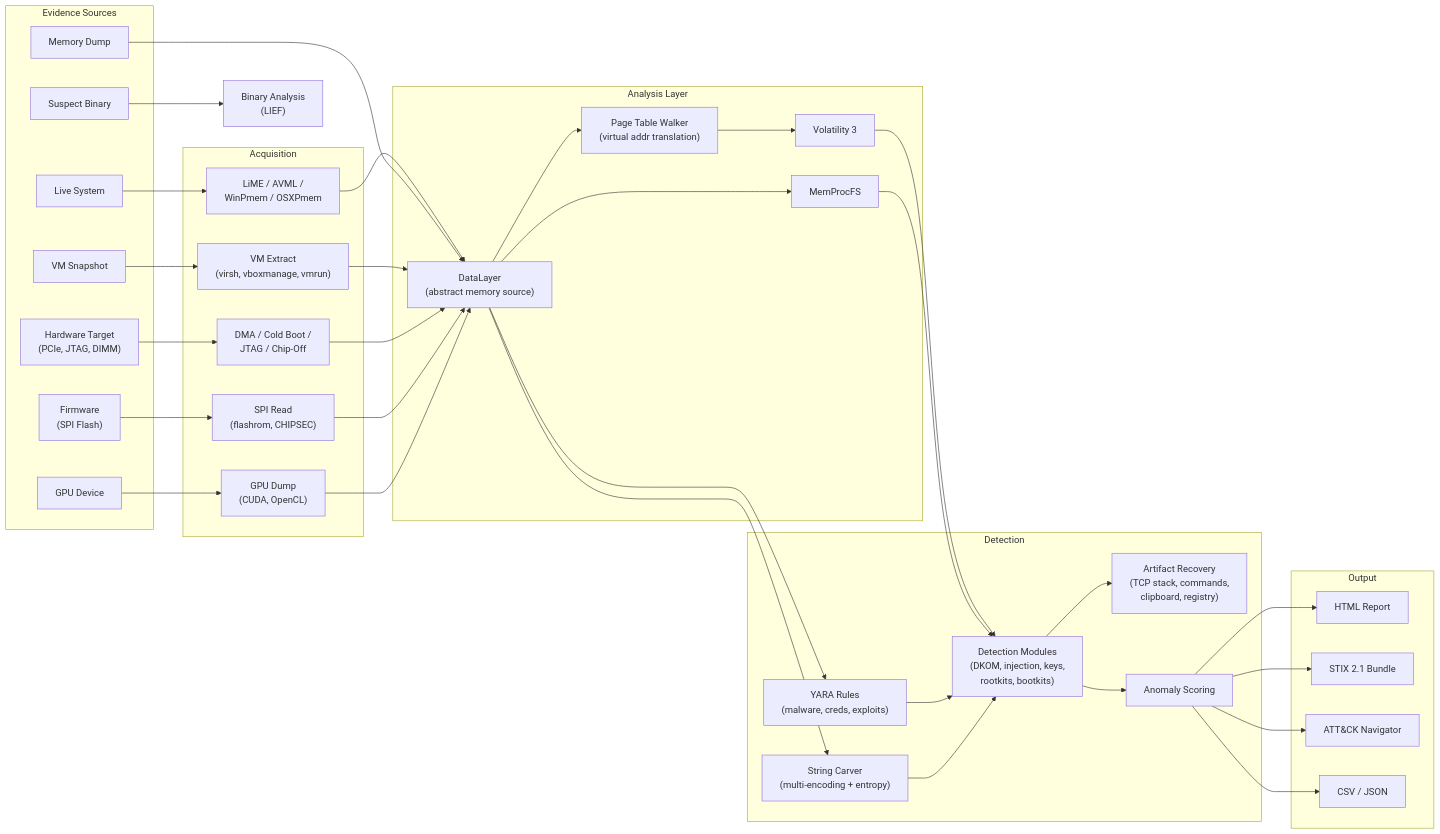
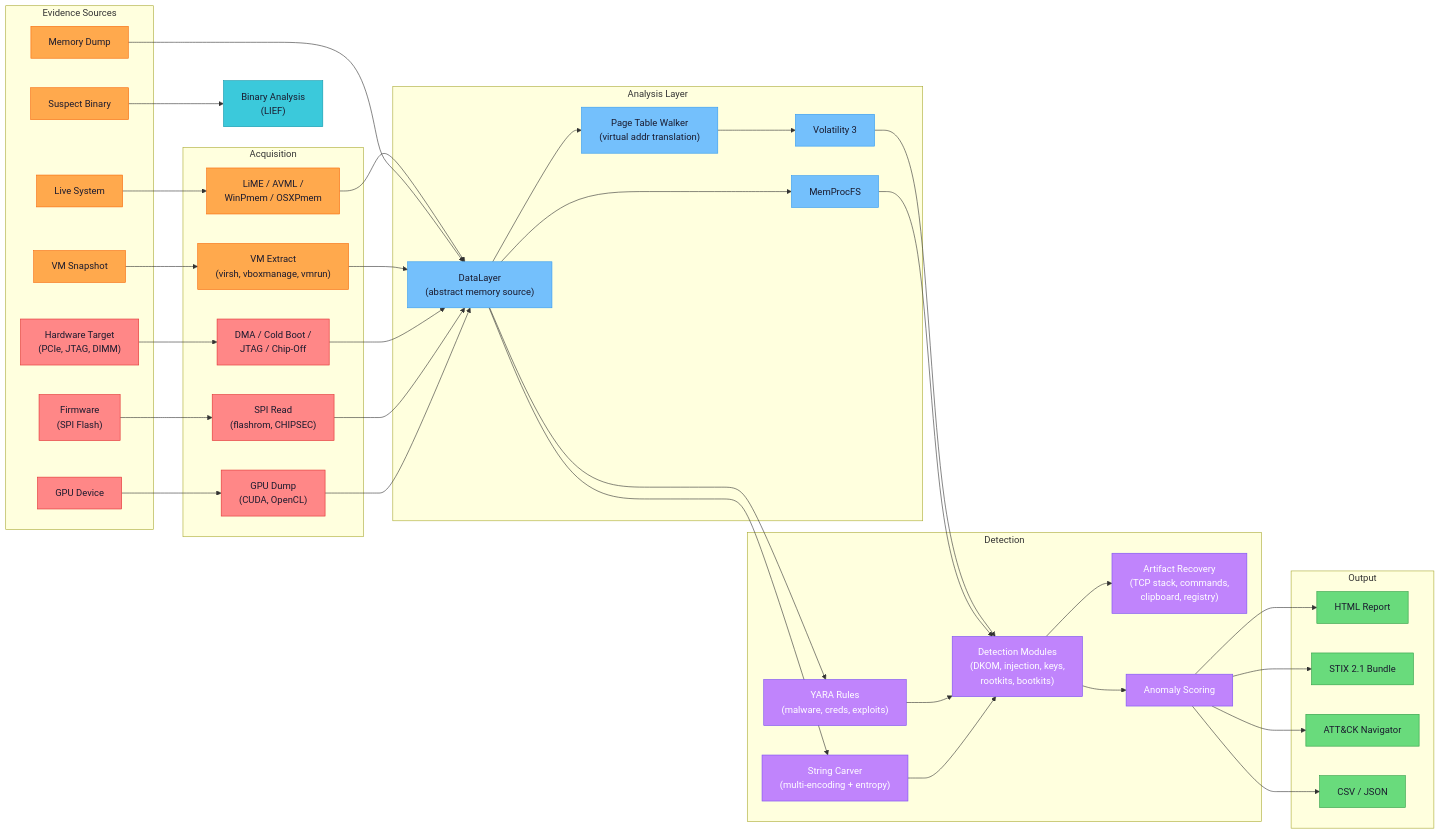
One commit to sonoransun/deepview changed the second of 16 diagrams in README.md. Above: the diagram before and after it, drawn with Mermaid. The commit also changed other lines of this file and 47 other files, not shown here.

````diff
--- a/README.md
+++ b/README.md
@@ -161,62 +169,69 @@
 ```mermaid
 flowchart LR
     subgraph Sources["Evidence Sources"]
-        LIVE["Live System"]
-        DUMP["Memory Dump"]
-        VMSNAP["VM Snapshot"]
-        BIN["Suspect Binary"]
-        HW["Hardware Target<br/>(PCIe, JTAG, DIMM)"]
-        FW["Firmware<br/>(SPI Flash)"]
-        GPUD["GPU Device"]
+        LIVE["Live System"]:::source
+        DUMP["Memory Dump"]:::source
+        VMSNAP["VM Snapshot"]:::source
+        BIN["Suspect Binary"]:::source
+        HW["Hardware Target<br/>(PCIe, JTAG, DIMM)"]:::hardware
+        FW["Firmware<br/>(SPI Flash)"]:::hardware
+        GPUD["GPU Device"]:::hardware
     end
 
     subgraph Acquire["Acquisition"]
-        A1["LiME / AVML /<br/>WinPmem / OSXPmem"]
-        A2["VM Extract<br/>(virsh, vboxmanage, vmrun)"]
-        A3["DMA / Cold Boot /<br/>JTAG / Chip-Off"]
-        A4["SPI Read<br/>(flashrom, CHIPSEC)"]
-        A5["GPU Dump<br/>(CUDA, OpenCL)"]
+        A1["LiME / AVML /<br/>WinPmem / OSXPmem"]:::source
+        A2["VM Extract<br/>(virsh, vboxmanage, vmrun)"]:::source
+        A3["DMA / Cold Boot /<br/>JTAG / Chip-Off"]:::hardware
+        A4["SPI Read<br/>(flashrom, CHIPSEC)"]:::hardware
+        A5["GPU Dump<br/>(CUDA, OpenCL)"]:::hardware
     end
 
     subgraph Analyze["Analysis Layer"]
-        DL["DataLayer<br/>(abstract memory source)"]
-        PTW["Page Table Walker<br/>(virtual addr translation)"]
-        V3["Volatility 3"]
-        MFS["MemProcFS"]
+        DL["DataLayer<br/>(abstract memory source)"]:::analysis
+        PTW["Page Table Walker<br/>(virtual addr translation)"]:::analysis
+        V3["Volatility 3"]:::analysis
+        MFS["MemProcFS"]:::analysis
     end
 
     subgraph Detect["Detection"]
-        YARA["YARA Rules<br/>(malware, creds, exploits)"]
-        STRCAR["String Carver<br/>(multi-encoding + entropy)"]
-        DET["Detection Modules<br/>(DKOM, injection, keys,<br/>rootkits, bootkits)"]
-        ARTIF["Artifact Recovery<br/>(TCP stack, commands,<br/>clipboard, registry)"]
-        SCORE["Anomaly Scoring"]
+        YARA["YARA Rules<br/>(malware, creds, exploits)"]:::detect
+        STRCAR["String Carver<br/>(multi-encoding + entropy)"]:::detect
+        DET["Detection Modules<br/>(DKOM, injection, keys,<br/>rootkits, bootkits)"]:::detect
+        ARTIF["Artifact Recovery<br/>(TCP stack, commands,<br/>clipboard, registry)"]:::detect
+        SCORE["Anomaly Scoring"]:::detect
     end
 
     subgraph Report["Output"]
-        HTML["HTML Report"]
-        STIXO["STIX 2.1 Bundle"]
-        NAV["ATT&CK Navigator"]
-        CSV["CSV / JSON"]
+        HTML["HTML Report"]:::report
+        STIXO["STIX 2.1 Bundle"]:::report
+        NAV["ATT&CK Navigator"]:::report
+        CSV["CSV / JSON"]:::report
     end
 
     LIVE --> A1 --> DL
     DUMP --> DL
     VMSNAP --> A2 --> DL
     HW --> A3 --> DL
     FW --> A4 --> DL
     GPUD --> A5 --> DL
-    BIN --> BA2["Binary Analysis<br/>(LIEF)"]
+    BIN --> BA2["Binary Analysis<br/>(LIEF)"]:::instrument
 
     DL --> PTW --> V3 --> DET
     DL --> MFS --> DET
     DL --> YARA --> DET
     DL --> STRCAR --> DET
     DET --> ARTIF
     DET --> SCORE
 
     SCORE --> HTML
     SCORE --> STIXO
     SCORE --> NAV
     SCORE --> CSV
+
+    classDef source fill:#ffa94d,stroke:#f76707,color:#1a1a2e
+    classDef hardware fill:#ff8787,stroke:#e03131,color:#1a1a2e
+    classDef analysis fill:#74c0fc,stroke:#339af0,color:#1a1a2e
+    classDef detect fill:#c084fc,stroke:#7950f2,color:#fff
+    classDef report fill:#69db7c,stroke:#2f9e44,color:#1a1a2e
+    classDef instrument fill:#3bc9db,stroke:#1098ad,color:#1a1a2e
 ```
````
